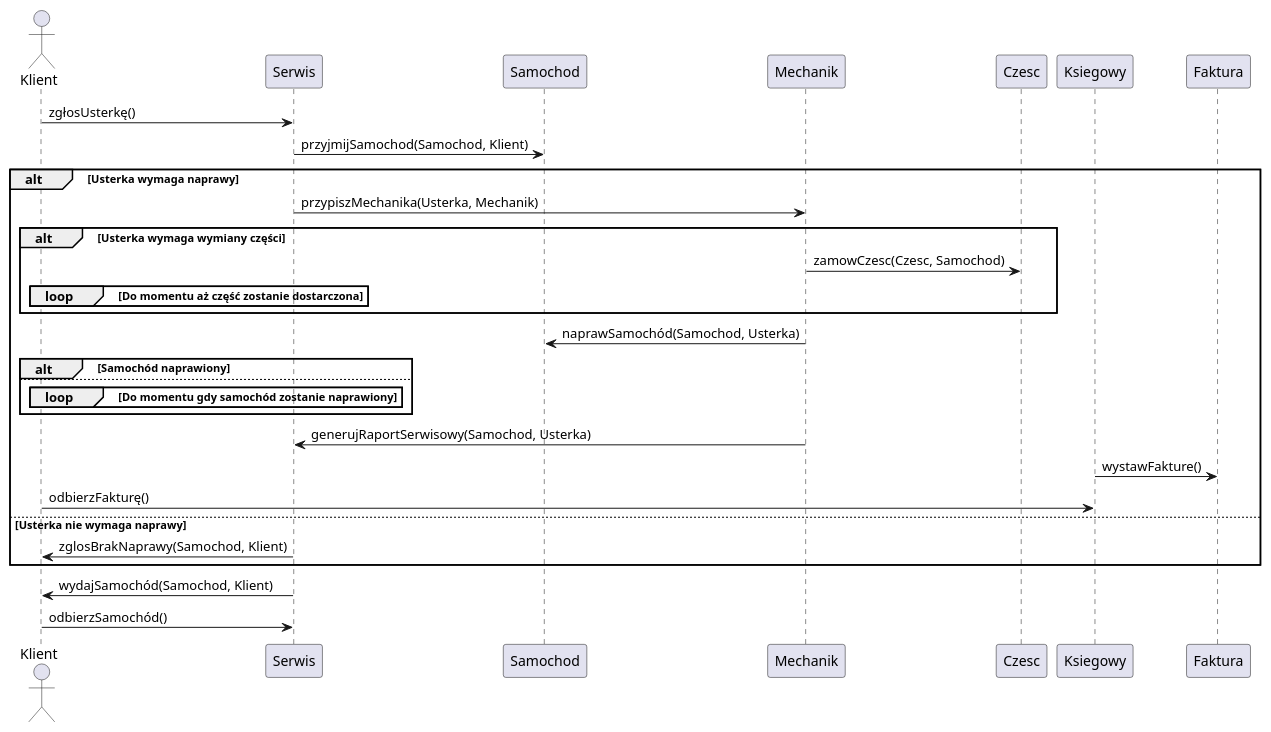
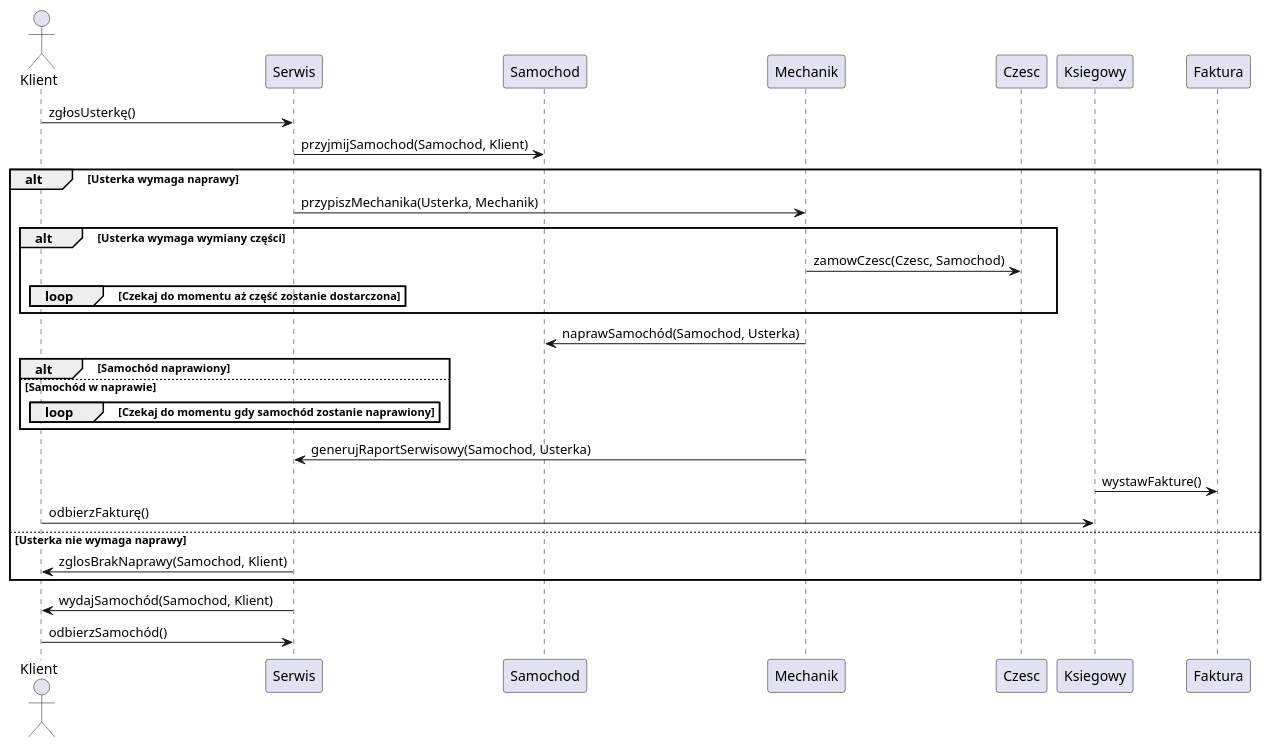
The diagram in serwis_sam_sequential.plantuml (theWebCookie/uml), drawn with PlantUML before and after one commit.

Commit message:
fix alt statement

```diff
--- a/serwis_sam_sequential.plantuml
+++ b/serwis_sam_sequential.plantuml
@@ -1,27 +1,27 @@
 @startuml "serwis_samochodowy_diagram_sekwencji"
 
 actor Klient
 Klient -> Serwis: zgłosUsterkę()
 Serwis -> Samochod: przyjmijSamochod(Samochod, Klient)
 alt Usterka wymaga naprawy
     Serwis -> Mechanik: przypiszMechanika(Usterka, Mechanik)
     alt Usterka wymaga wymiany części
         Mechanik -> Czesc: zamowCzesc(Czesc, Samochod)
-        loop Do momentu aż część zostanie dostarczona
+        loop Czekaj do momentu aż część zostanie dostarczona
         end
     end
     Mechanik -> Samochod: naprawSamochód(Samochod, Usterka)
     alt Samochód naprawiony
-    else
-        loop Do momentu gdy samochód zostanie naprawiony
+    else Samochód w naprawie
+        loop Czekaj do momentu gdy samochód zostanie naprawiony
         end
     end
     Mechanik -> Serwis: generujRaportSerwisowy(Samochod, Usterka)
     Ksiegowy -> Faktura: wystawFakture()
     Klient -> Ksiegowy: odbierzFakturę()
 else Usterka nie wymaga naprawy
     Serwis -> Klient: zglosBrakNaprawy(Samochod, Klient)
 end
 Serwis -> Klient: wydajSamochód(Samochod, Klient)
 Klient -> Serwis: odbierzSamochód()
 @enduml
```
